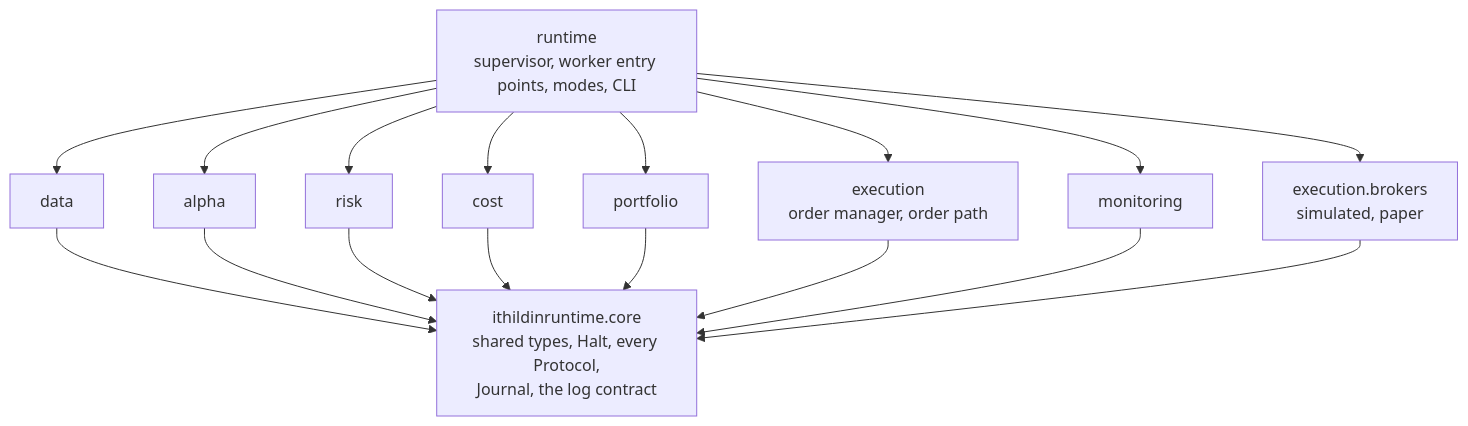
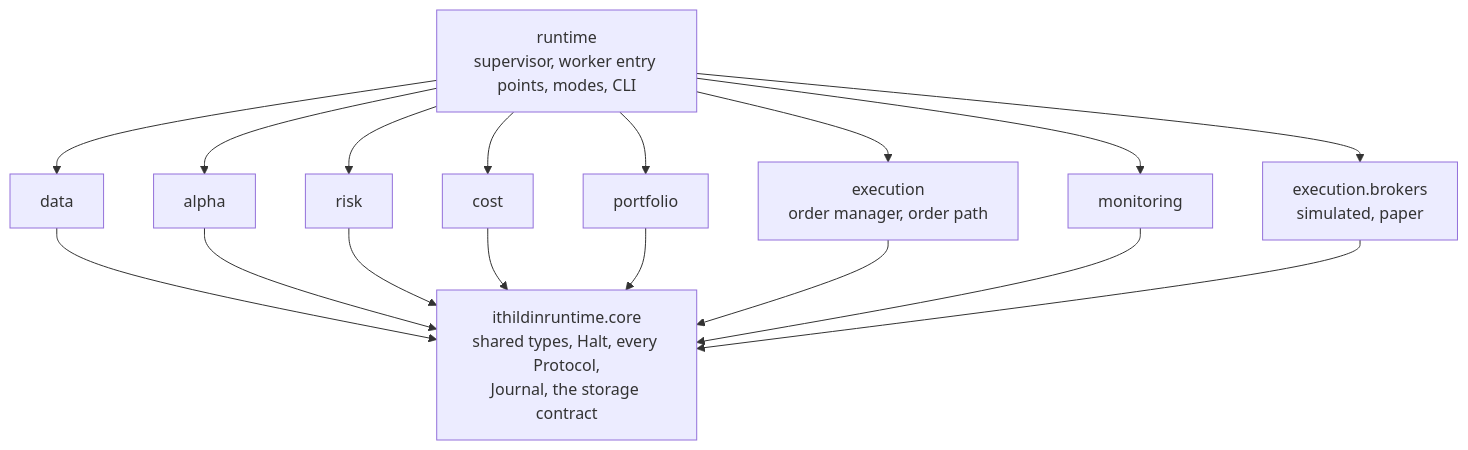
One commit to l3a0/ithildin-runtime changed diagram 16 of 16 in docs/architecture.md. Above: the diagram before and after it, drawn with Mermaid. The commit also changed other lines of this file and 1 other file, not shown here.

````diff
--- a/docs/architecture.md
+++ b/docs/architecture.md
@@ -1498,30 +1513,30 @@
 ```mermaid
 flowchart TB
-    core["ithildinruntime.core<br/>shared types, Halt, every Protocol,<br/>Journal, the log contract"]
+    core["ithildinruntime.core<br/>shared types, Halt, every Protocol,<br/>Journal, the storage contract"]
     data["data"]
     alpha["alpha"]
     risk["risk"]
     cost["cost"]
     portfolio["portfolio"]
     execution["execution<br/>order manager, order path"]
     brokers["execution.brokers<br/>simulated, paper"]
     monitoring["monitoring"]
     runtime["runtime<br/>supervisor, worker entry points, modes, CLI"]
 
     data --> core
     alpha --> core
     risk --> core
     cost --> core
     portfolio --> core
     execution --> core
     monitoring --> core
     brokers --> core
     runtime --> data
     runtime --> alpha
     runtime --> risk
     runtime --> cost
     runtime --> portfolio
     runtime --> execution
     runtime --> brokers
     runtime --> monitoring
 ```
````
